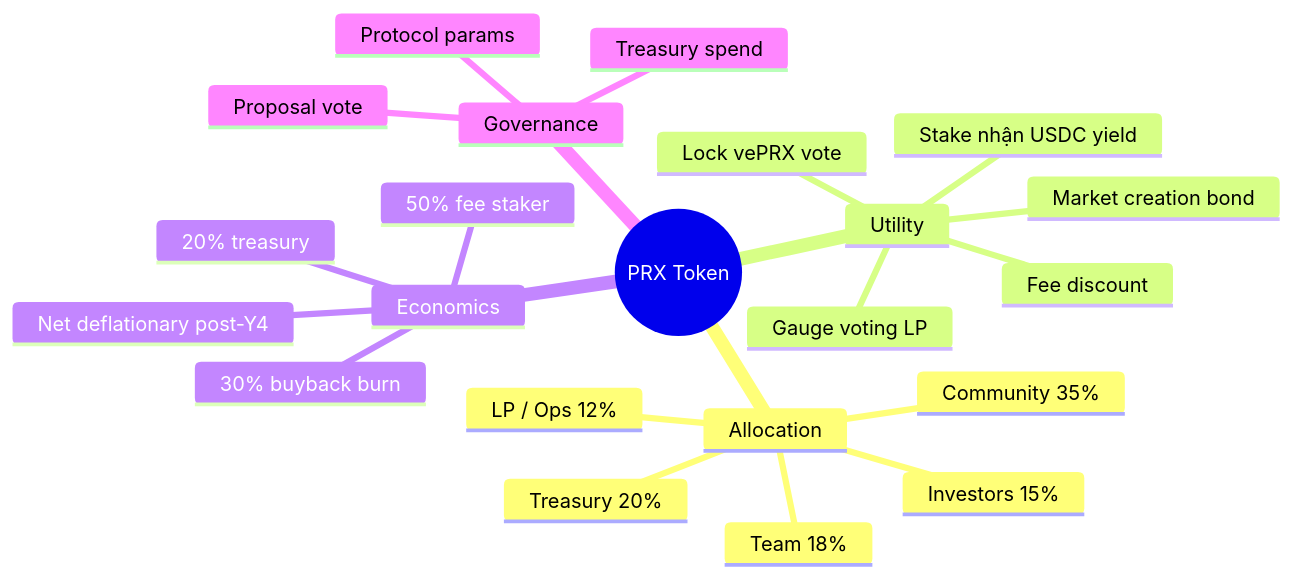
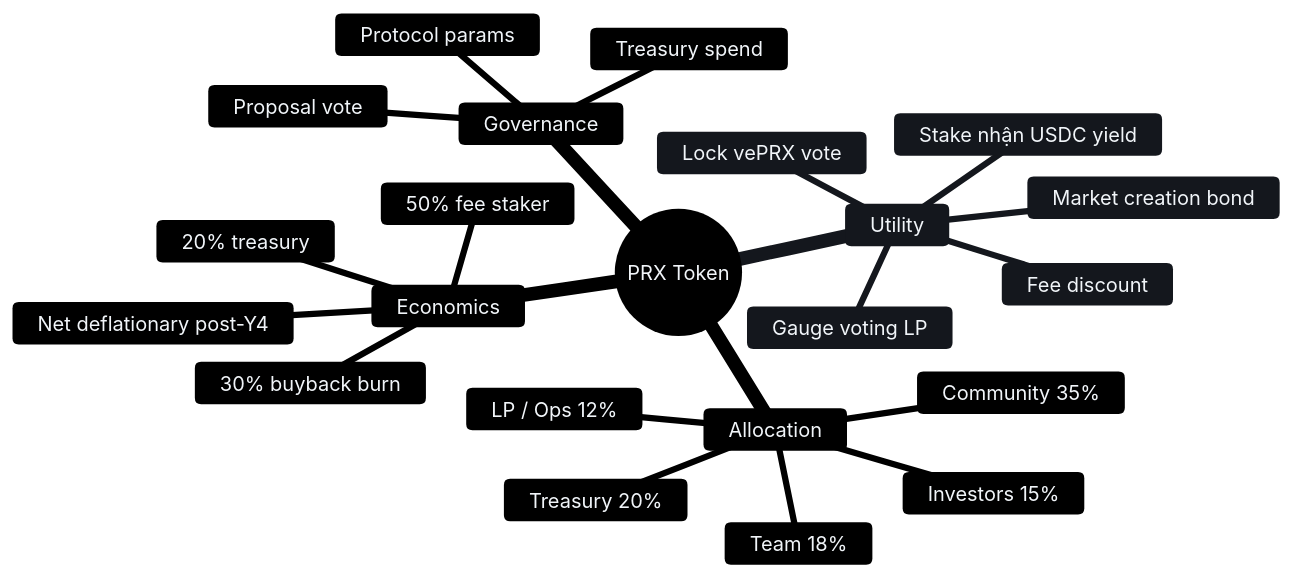
Before and after one commit to PrediX-Protocol/predix-docs: the first of 2 diagrams in vi_v6/kinh-te/README.md, drawn with Mermaid. The commit also changed other lines of this file and 32 other files, not shown here.

First line of the commit message:
docs(vi_v6): redesign Mermaid theme — solid mid-tone palette + dark theme

````diff
--- a/vi_v6/kinh-te/README.md
+++ b/vi_v6/kinh-te/README.md
@@ -5,25 +5,26 @@
 ```mermaid
+%%{init: {"theme":"base","themeVariables":{"primaryColor":"#1e293b","primaryTextColor":"#f1f5f9","primaryBorderColor":"#475569","lineColor":"#94a3b8","background":"transparent","mainBkg":"#334155","tertiaryColor":"#475569"}}}%%
 mindmap
   root((PRX Token))
     Allocation
       Community 35%
       Treasury 20%
       Team 18%
       Investors 15%
       LP / Ops 12%
     Utility
       Stake nhận USDC yield
       Lock vePRX vote
       Gauge voting LP
       Fee discount
       Market creation bond
     Economics
       50% fee staker
       30% buyback burn
       20% treasury
       Net deflationary post-Y4
     Governance
       Proposal vote
       Treasury spend
       Protocol params
 ```
````
